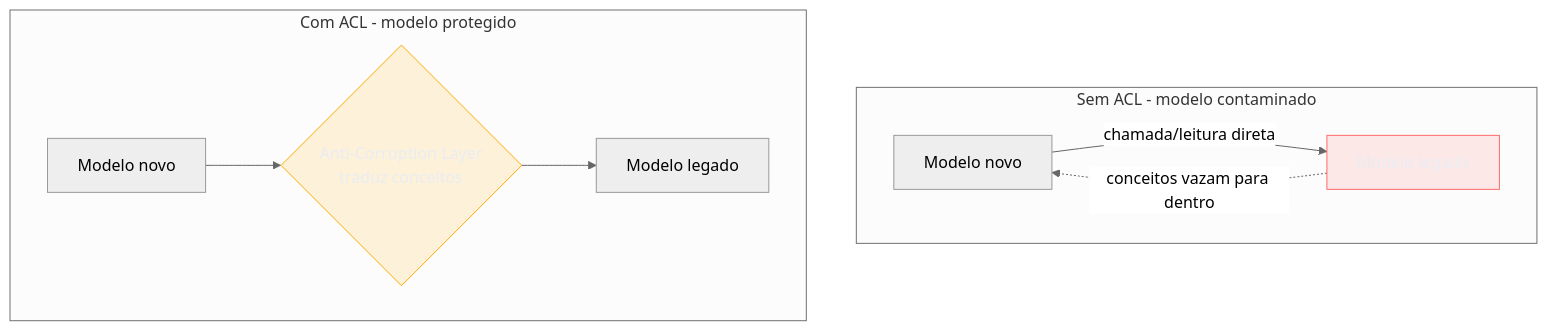
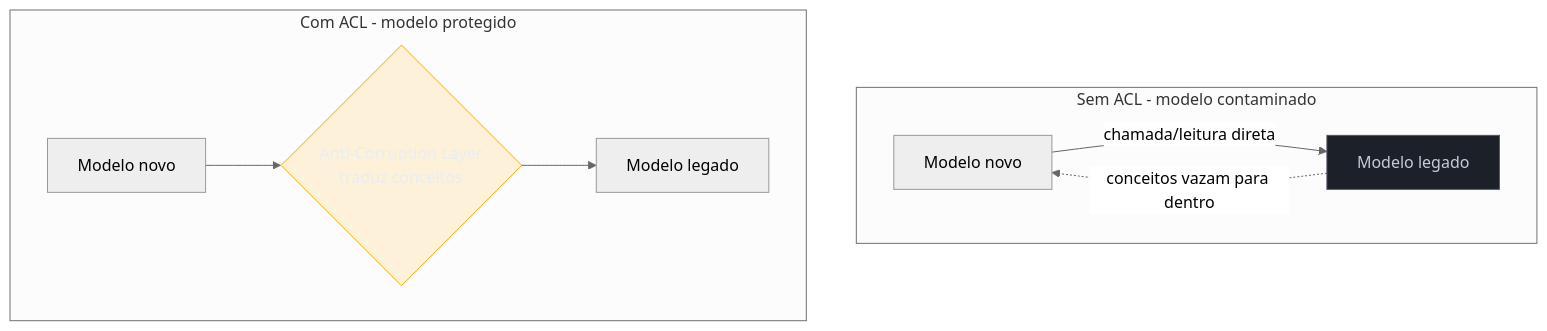
Before and after one commit to josenaldo/codex-technomanticus: the third of 3 diagrams in 03-Dominios/Engenharia/Arqueologia e Restauração de Software/19 - Branch by Abstraction e Anti-Corruption Layer.md, drawn with Mermaid (neutral theme). The commit also changed 601 other files, not shown here.

````diff
--- a/03-Dominios/Engenharia/Arqueologia e Restauração de Software/19 - Branch by Abstraction e Anti-Corruption Layer.md
+++ b/03-Dominios/Engenharia/Arqueologia e Restauração de Software/19 - Branch by Abstraction e Anti-Corruption Layer.md
@@ -84,15 +84,15 @@
 ```mermaid
 graph TD
-    classDef falha fill:#FF6B6B24,stroke:#FF6B6B,color:#E9ECF2
+    classDef neutro fill:#1B2029,stroke:#4E5666,color:#C6CCD8
     classDef destaque fill:#FFAA0024,stroke:#FFAA00,color:#E9ECF2
     subgraph SC["Sem ACL - modelo contaminado"]
     NS1[Modelo novo] -->|chamada/leitura direta| LEG1[Modelo legado]
     LEG1 -.->|conceitos vazam para dentro| NS1
     end
     subgraph CC["Com ACL - modelo protegido"]
     NS2[Modelo novo] --> ACL{"Anti-Corruption Layer<br/>traduz conceitos"}
     ACL --> LEG2[Modelo legado]
     end
-    class LEG1 falha
+    class LEG1 neutro
     class ACL destaque
 ```
````
